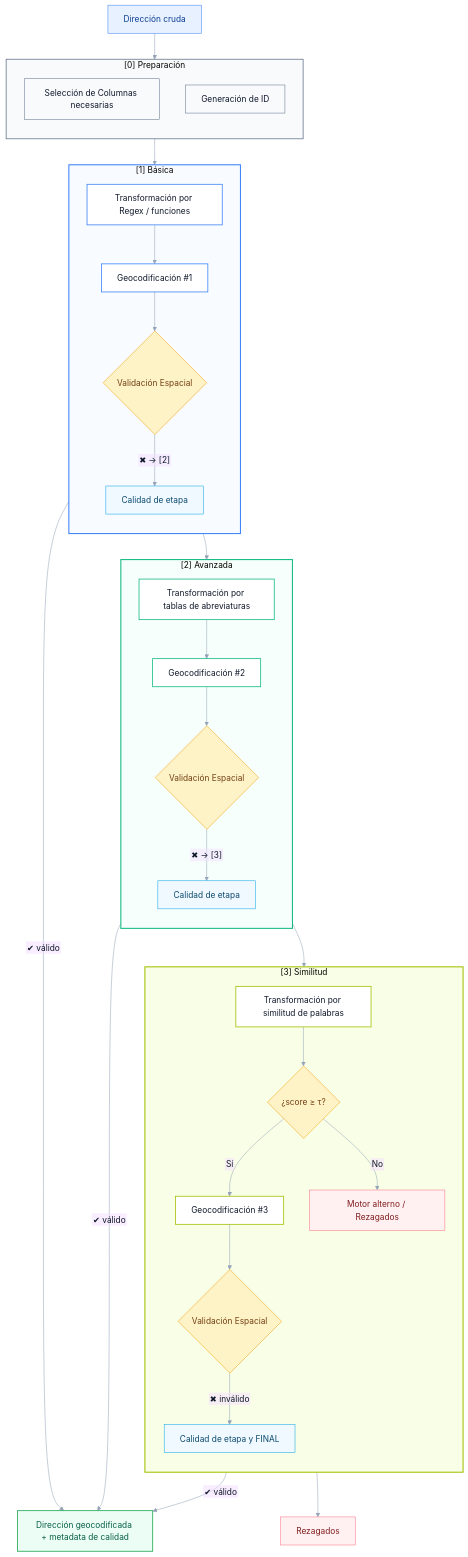
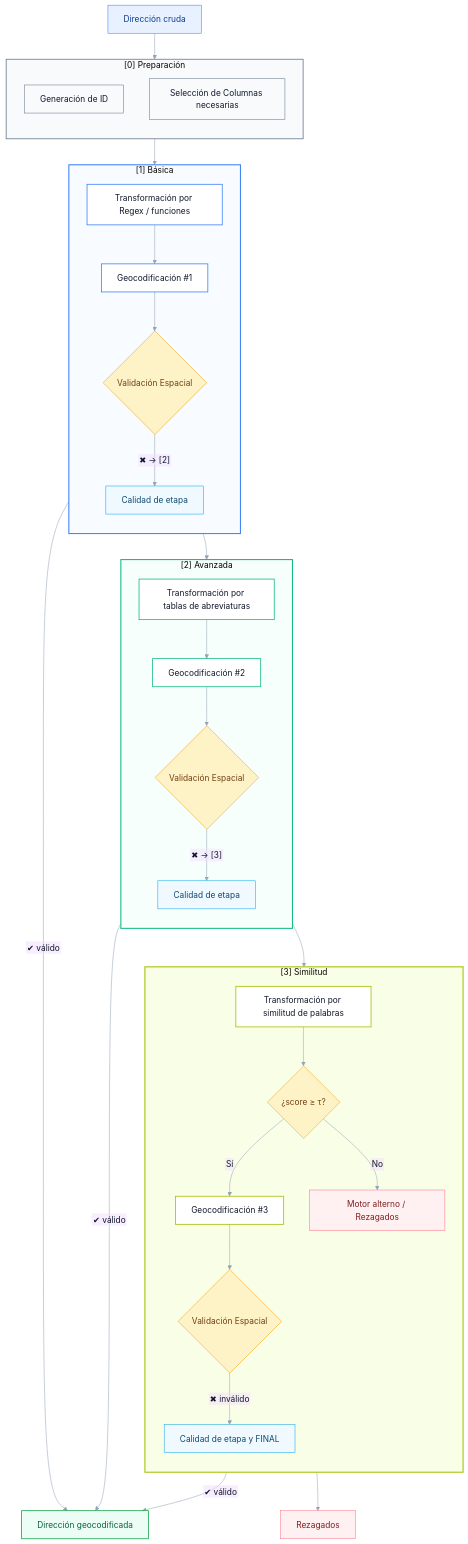
One commit to DenisSebastian/book-curso-geoanalisis-pp-2025 changed the first of 5 diagrams in geocode.qmd. Above: the diagram before and after it, drawn with Mermaid. The commit also changed other lines of this file and 7 other files, not shown here.

```diff
--- a/geocode.qmd
+++ b/geocode.qmd
@@ -160,8 +160,8 @@
   %% ====== [0] Preparación ======
   subgraph S0 ["[0] Preparación"]
     direction TB
+    s0b["Generación de ID"]:::s0
     s0c["Selección de Columnas necesarias"]:::s0
-    s0b["Generación de ID"]:::s0
   end
 
   %% ====== [1] Básica ======
@@ -194,7 +194,7 @@
   end
 
   %% ====== Salidas ======
-  OUT["Dirección geocodificada + metadata de calidad"]:::finish
+  OUT["Dirección geocodificada"]:::finish
   REZ["Rezagados"]:::backlog
 
   %% ====== Flujo ======
```
